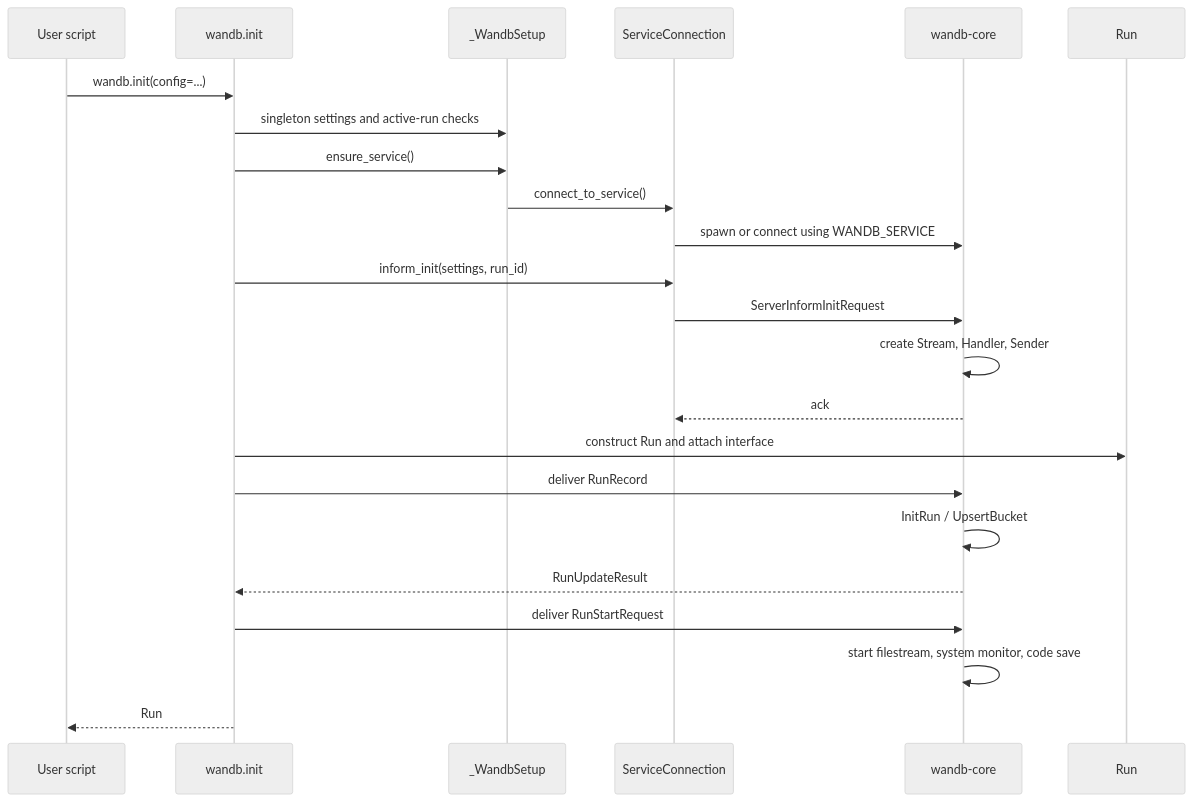
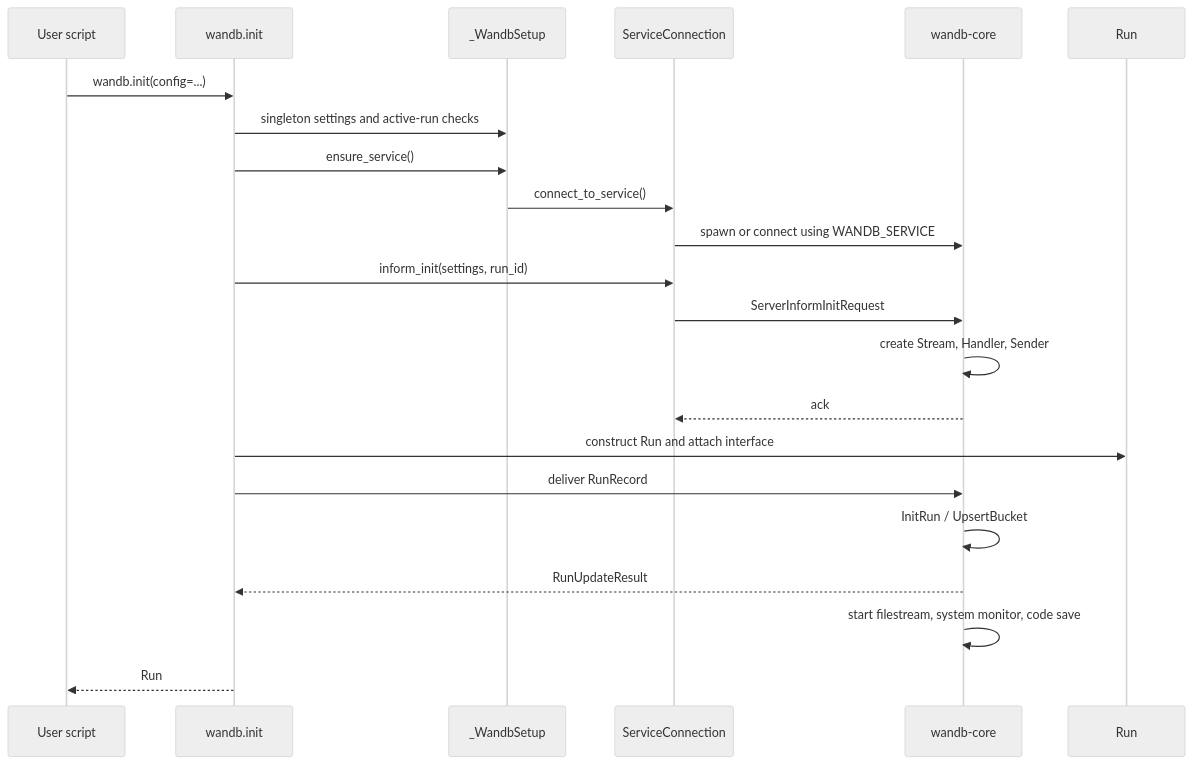
One commit to wandb/wandb changed the second of 3 diagrams in docs/sdk/architecture.md. Above: the diagram before and after it, drawn with Mermaid (neutral theme). The commit also changed other lines of this file and 3 other files, not shown here.

````diff
--- a/docs/sdk/architecture.md
+++ b/docs/sdk/architecture.md
@@ -101,26 +101,25 @@
 ```mermaid
 sequenceDiagram
     participant U as User script
     participant I as wandb.init
     participant S as _WandbSetup
     participant C as ServiceConnection
     participant G as wandb-core
     participant R as Run
 
     U->>I: wandb.init(config=...)
     I->>S: singleton settings and active-run checks
     I->>S: ensure_service()
     S->>C: connect_to_service()
     C->>G: spawn or connect using WANDB_SERVICE
     I->>C: inform_init(settings, run_id)
     C->>G: ServerInformInitRequest
     G->>G: create Stream, Handler, Sender
     G-->>C: ack
     I->>R: construct Run and attach interface
     I->>G: deliver RunRecord
     G->>G: InitRun / UpsertBucket
     G-->>I: RunUpdateResult
-    I->>G: deliver RunStartRequest
     G->>G: start filestream, system monitor, code save
     I-->>U: Run
 ```
````
